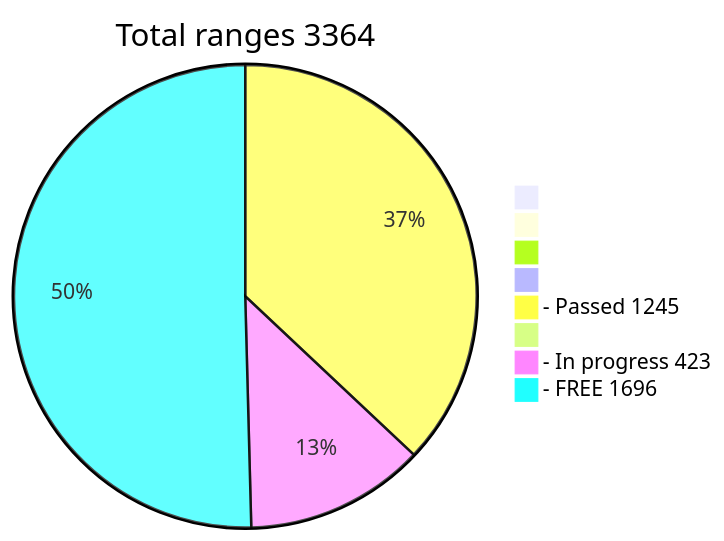
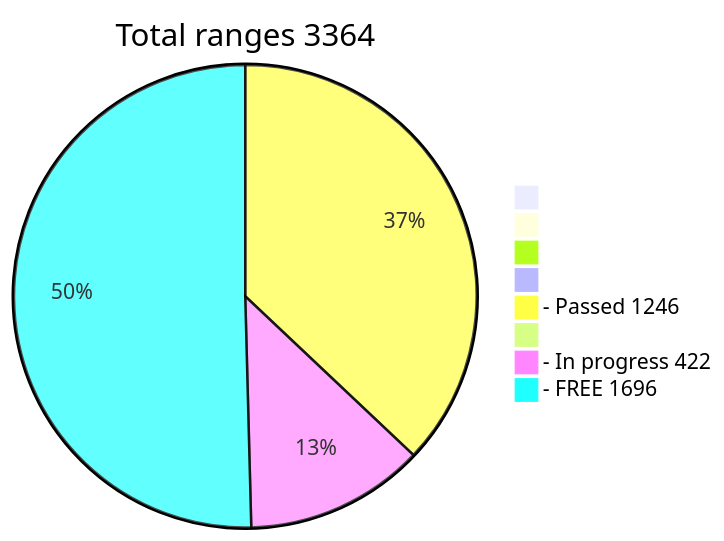
The diagram in README.md (phrutis/wif500), drawn with Mermaid before and after one commit.

````diff
--- a/README.md
+++ b/README.md
@@ -16,12 +16,12 @@
 ```mermaid
 pie title Total ranges 3364
              " " : 0
             "  " : 0
            "   " : 0
           "    " : 0
-  "- Passed 1245" : 1245
+  "- Passed 1246" : 1246
          "     " : 0
-  "- In progress 423" : 423
+  "- In progress 422" : 422
    "- FREE 1696" : 1696
    
 ```
````
